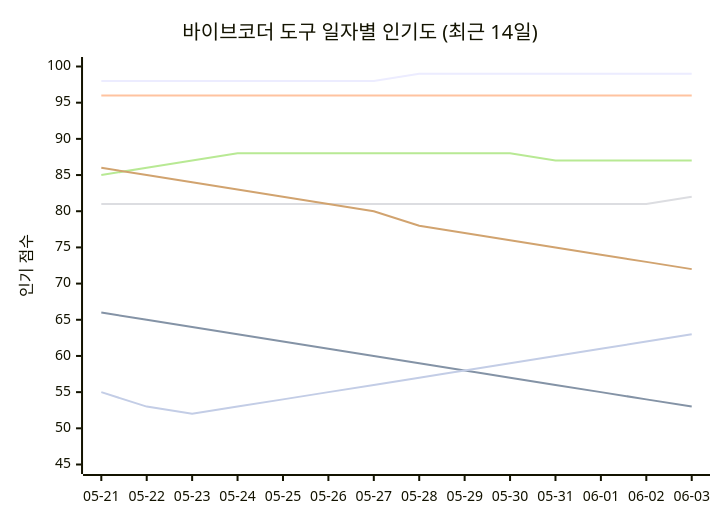
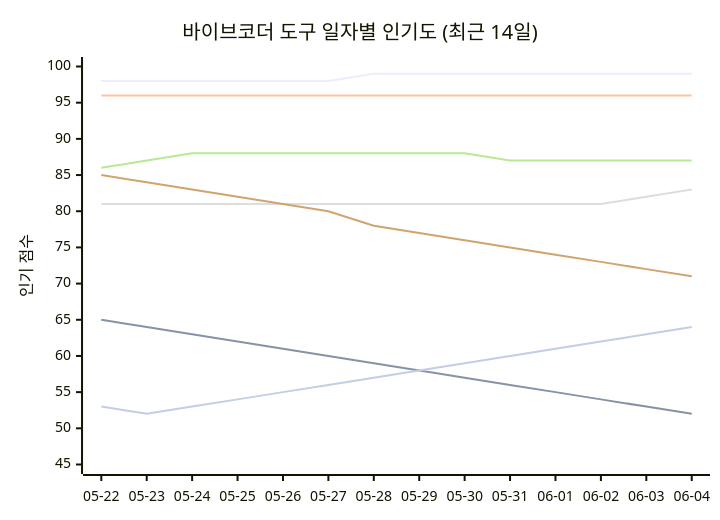
Before and after one commit to tykimos/ai-whatchelin: the seventh of 11 diagrams in README_ko.md, drawn with Mermaid. The commit also changed other lines of this file and 4 other files, not shown here.

````diff
--- a/README_ko.md
+++ b/README_ko.md
@@ -1285,13 +1292,13 @@
 ```mermaid
 xychart-beta
     title "바이브코더 도구 일자별 인기도 (최근 14일)"
-    x-axis ["05-21", "05-22", "05-23", "05-24", "05-25", "05-26", "05-27", "05-28", "05-29", "05-30", "05-31", "06-01", "06-02", "06-03"]
+    x-axis ["05-22", "05-23", "05-24", "05-25", "05-26", "05-27", "05-28", "05-29", "05-30", "05-31", "06-01", "06-02", "06-03", "06-04"]
     y-axis "인기 점수" 45 --> 100
-    line "Claude Code" [98, 98, 98, 98, 98, 98, 98, 99, 99, 99, 99, 99, 99, 99]
-    line "GH Copilot" [66, 65, 64, 63, 62, 61, 60, 59, 58, 57, 56, 55, 54, 53]
+    line "Claude Code" [98, 98, 98, 98, 98, 98, 99, 99, 99, 99, 99, 99, 99, 99]
+    line "GH Copilot" [65, 64, 63, 62, 61, 60, 59, 58, 57, 56, 55, 54, 53, 52]
     line "Cursor" [96, 96, 96, 96, 96, 96, 96, 96, 96, 96, 96, 96, 96, 96]
-    line "Windsurf" [81, 81, 81, 81, 81, 81, 81, 81, 81, 81, 81, 81, 81, 82]
-    line "Codex CLI" [85, 86, 87, 88, 88, 88, 88, 88, 88, 88, 87, 87, 87, 87]
-    line "Gemini CLI" [86, 85, 84, 83, 82, 81, 80, 78, 77, 76, 75, 74, 73, 72]
-    line "Antigravity" [55, 53, 52, 53, 54, 55, 56, 57, 58, 59, 60, 61, 62, 63]
+    line "Windsurf" [81, 81, 81, 81, 81, 81, 81, 81, 81, 81, 81, 81, 82, 83]
+    line "Codex CLI" [86, 87, 88, 88, 88, 88, 88, 88, 88, 87, 87, 87, 87, 87]
+    line "Gemini CLI" [85, 84, 83, 82, 81, 80, 78, 77, 76, 75, 74, 73, 72, 71]
+    line "Antigravity" [53, 52, 53, 54, 55, 56, 57, 58, 59, 60, 61, 62, 63, 64]
 ```
````
